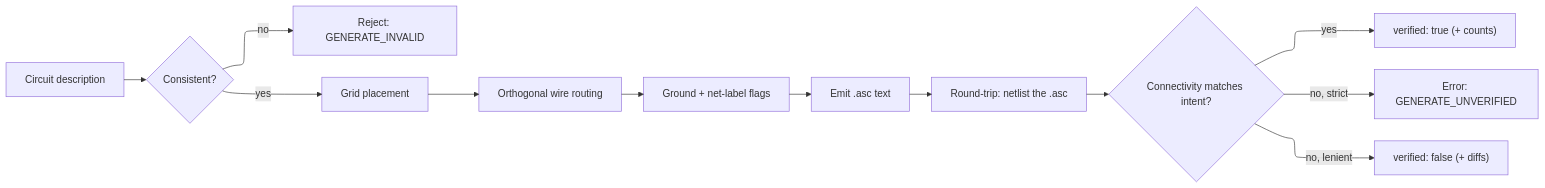
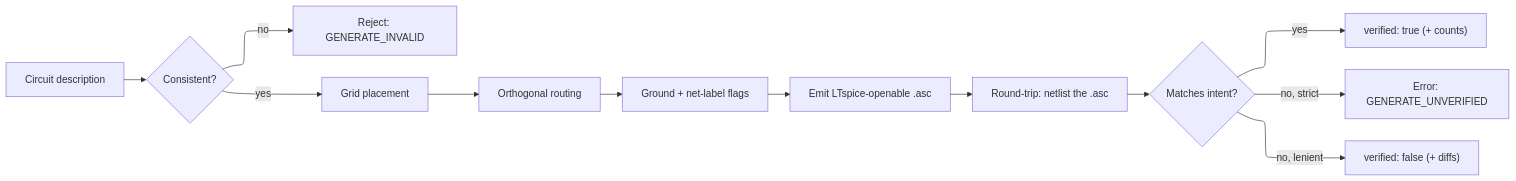
The fourth of 7 diagrams in .kiro/specs/openspice-mcp/design.md (sohampatwardhan/openspice-mcp), drawn with Mermaid before and after one commit. The commit also changed other lines of this file and 4 other files, not shown here.

````diff
--- a/.kiro/specs/openspice-mcp/design.md
+++ b/.kiro/specs/openspice-mcp/design.md
@@ -247,18 +199,18 @@
 ```mermaid
 ---
 config:
   layout: elk
 ---
 flowchart LR
   desc["Circuit description"] --> check{"Consistent?"}
   check -->|"no"| rej["Reject: GENERATE_INVALID"]
   check -->|"yes"| place["Grid placement"]
-  place --> route["Orthogonal wire routing"]
+  place --> route["Orthogonal routing"]
   route --> flags["Ground + net-label flags"]
-  flags --> emit["Emit .asc text"]
+  flags --> emit["Emit LTspice-openable .asc"]
   emit --> rt["Round-trip: netlist the .asc"]
-  rt --> cmp{"Connectivity matches intent?"}
+  rt --> cmp{"Matches intent?"}
   cmp -->|"yes"| ok["verified: true (+ counts)"]
   cmp -->|"no, strict"| fail["Error: GENERATE_UNVERIFIED"]
   cmp -->|"no, lenient"| warn["verified: false (+ diffs)"]
 ```
````
